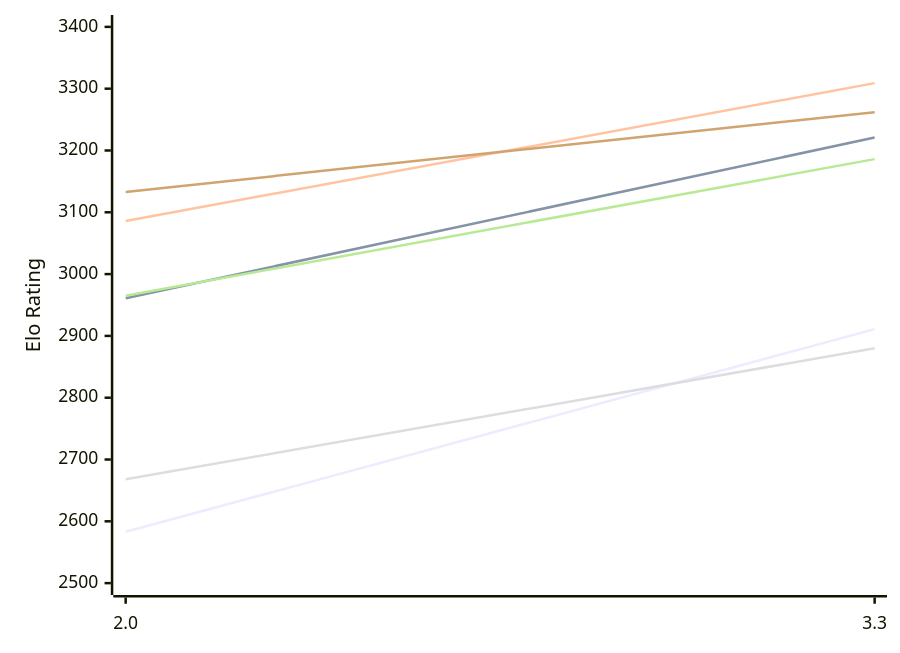
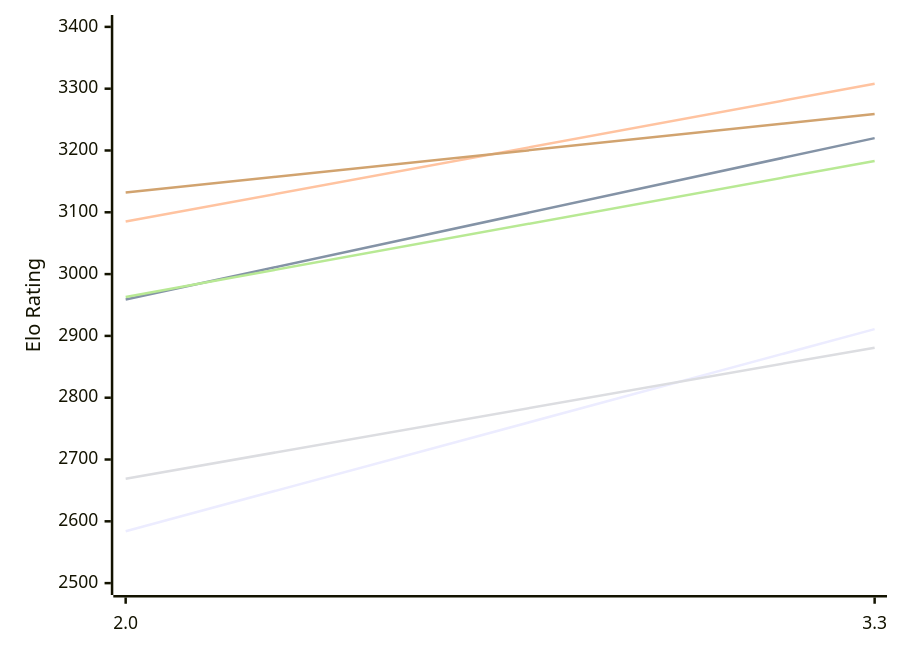
The first of 2 diagrams in engines/Ceylondemon.md (computer-chess-index/cci), drawn with Mermaid before and after one commit. The commit also changed other lines of this file, not shown here.

Commit message:
Update CCI Ratings (ELO VLTC) - 2026-11-19

````diff
--- a/engines/Ceylondemon.md
+++ b/engines/Ceylondemon.md
@@ -50,12 +50,12 @@
 ```mermaid
 %%{init: {"theme":"base","themeVariables":{"seriesColors:['#a3a3a3','#222221','#faa371']}}}%%
 xychart-beta
   x-axis ["2.0", "3.3"]
   y-axis "Elo Rating" 2500 --> 3400
-  line "E1: STC (8.0+0.08s)" [2583, 2911]
-  line "E1: LTC (60.0+0.60s)" [2961, 3221]
-  line "E1: VLTC (2m24s+1.12s)" [3086, 3309]
-  line "P1: STC (8.0+0.08s)" [2668, 2880]
-  line "P1: LTC (60.0+0.60s)" [2965, 3186]
-  line "P1: VLTC (2m24s+1.12s)" [3133, 3262]
+  line "E1: STC (8.0+0.08s)" [2584, 2911]
+  line "E1: LTC (60.0+0.60s)" [2959, 3220]
+  line "E1: VLTC (2m24s+1.12s)" [3085, 3308]
+  line "P1: STC (8.0+0.08s)" [2669, 2881]
+  line "P1: LTC (60.0+0.60s)" [2963, 3183]
+  line "P1: VLTC (2m24s+1.12s)" [3132, 3259]
 ```
````
